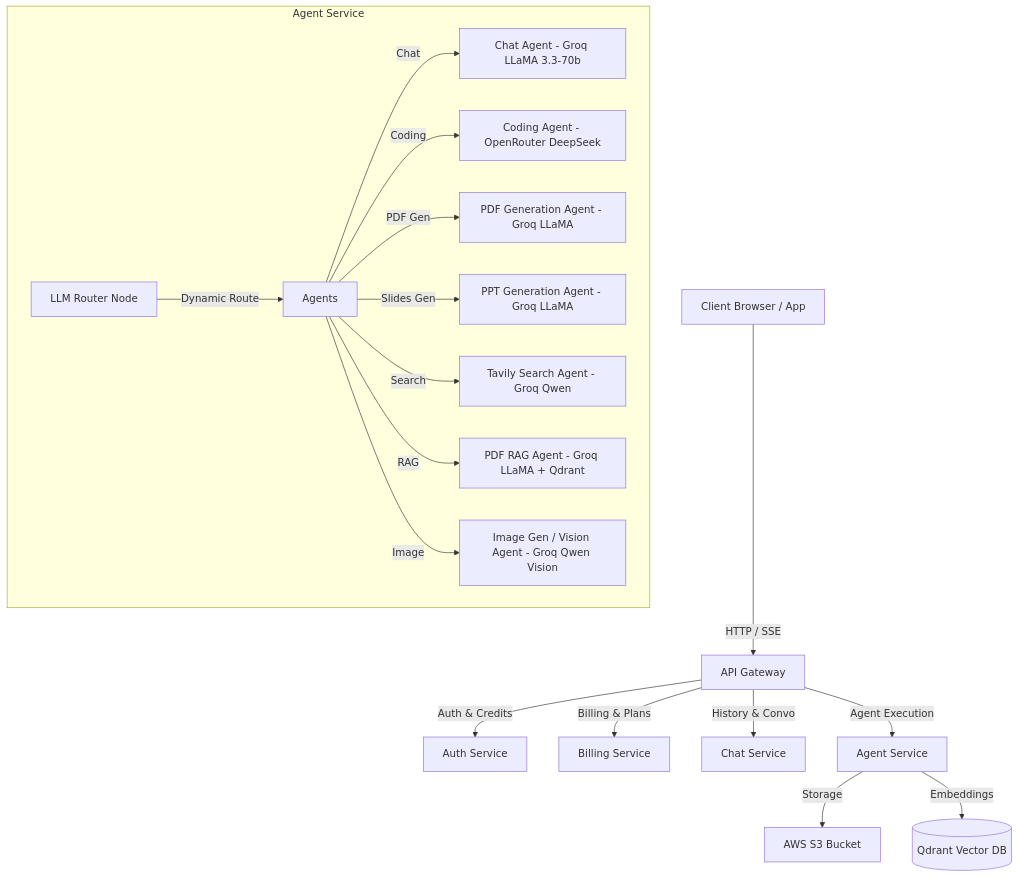
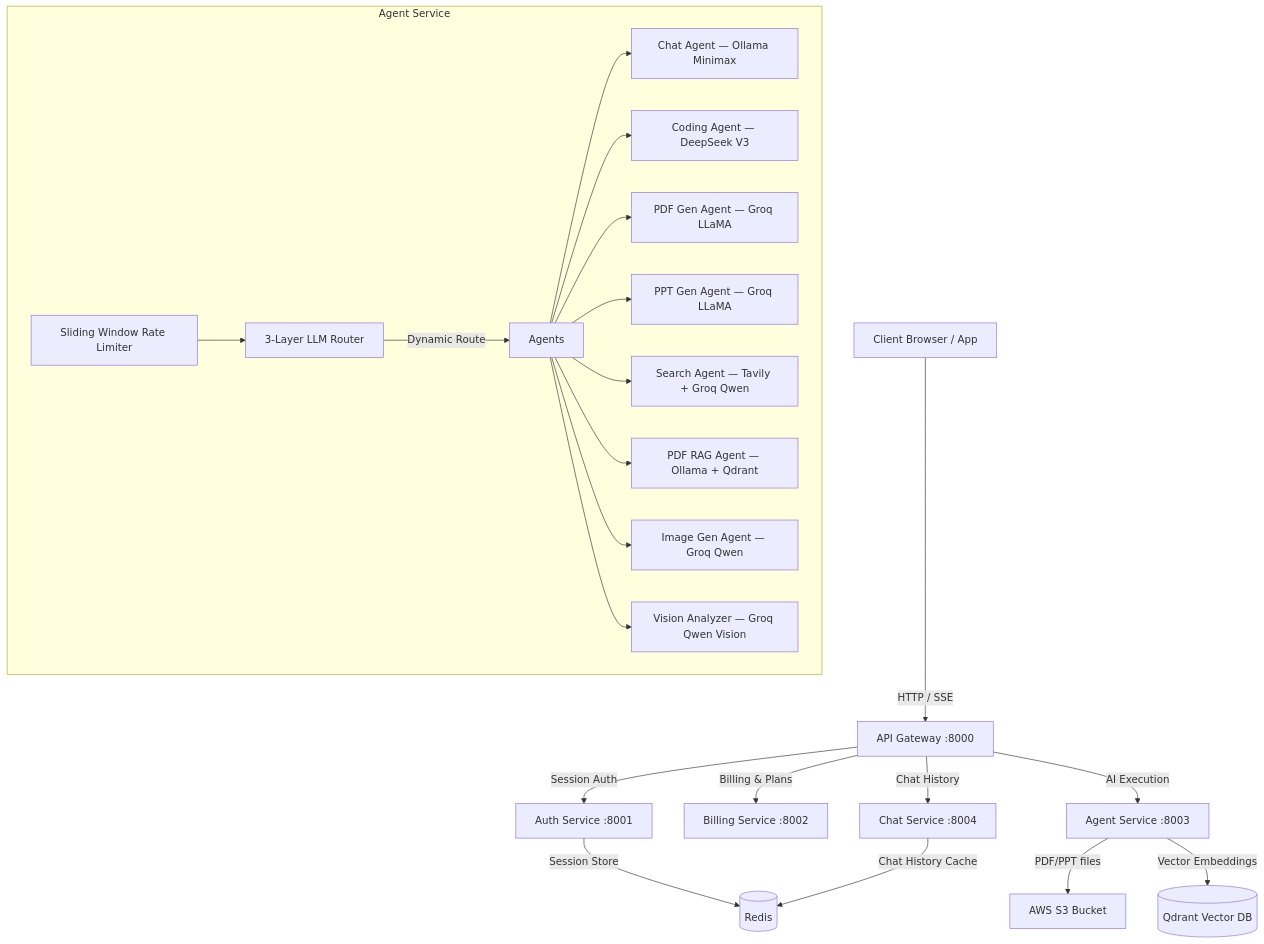
The diagram in README.md (Rishabhjain610/CortexAI), drawn with Mermaid before and after one commit. The commit also changed other lines of this file and 14 other files, not shown here.

First line of the commit message:
Enhance agent routing, rate-limiting, SSE, and docs

````diff
--- a/README.md
+++ b/README.md
@@ -11,22 +11,26 @@
 ```mermaid
 graph TD
-    Client[Client Browser / App] -->|HTTP / SSE| Gateway[API Gateway]
-    Gateway -->|Auth & Credits| AuthService[Auth Service]
-    Gateway -->|Billing & Plans| BillingService[Billing Service]
-    Gateway -->|History & Convo| ChatService[Chat Service]
-    Gateway -->|Agent Execution| AgentService[Agent Service]
+    Client[Client Browser / App] -->|HTTP / SSE| Gateway[API Gateway :8000]
+    Gateway -->|Session Auth| AuthService[Auth Service :8001]
+    Gateway -->|Billing & Plans| BillingService[Billing Service :8002]
+    Gateway -->|Chat History| ChatService[Chat Service :8004]
+    Gateway -->|AI Execution| AgentService[Agent Service :8003]
 
     subgraph Agent Service
-        AgentRouter[LLM Router Node] -->|Dynamic Route| Agents
-        Agents -->|Chat| ChatAgent[Chat Agent - Groq LLaMA 3.3-70b]
-        Agents -->|Coding| CodingAgent[Coding Agent - OpenRouter DeepSeek]
-        Agents -->|PDF Gen| PdfAgent[PDF Generation Agent - Groq LLaMA]
-        Agents -->|Slides Gen| PptAgent[PPT Generation Agent - Groq LLaMA]
-        Agents -->|Search| SearchAgent[Tavily Search Agent - Groq Qwen]
-        Agents -->|RAG| PdfRagAgent[PDF RAG Agent - Groq LLaMA + Qdrant]
-        Agents -->|Image| ImageAgent[Image Gen / Vision Agent - Groq Qwen Vision]
+        RateLimiter[Sliding Window Rate Limiter] --> AgentRouter
+        AgentRouter[3-Layer LLM Router] -->|Dynamic Route| Agents
+        Agents --> ChatAgent[Chat Agent — Ollama Minimax]
+        Agents --> CodingAgent[Coding Agent — DeepSeek V3]
+        Agents --> PdfAgent[PDF Gen Agent — Groq LLaMA]
+        Agents --> PptAgent[PPT Gen Agent — Groq LLaMA]
+        Agents --> SearchAgent[Search Agent — Tavily + Groq Qwen]
+        Agents --> PdfRagAgent[PDF RAG Agent — Ollama + Qdrant]
+        Agents --> ImageAgent[Image Gen Agent — Groq Qwen]
+        Agents --> ImageAnalyzer[Vision Analyzer — Groq Qwen Vision]
     end
 
-    AgentService -->|Storage| S3[AWS S3 Bucket]
-    AgentService -->|Embeddings| Qdrant[(Qdrant Vector DB)]
+    AgentService -->|PDF/PPT files| S3[AWS S3 Bucket]
+    AgentService -->|Vector Embeddings| Qdrant[(Qdrant Vector DB)]
+    AuthService -->|Session Store| Redis[(Redis)]
+    ChatService -->|Chat History Cache| Redis
 ```
````
